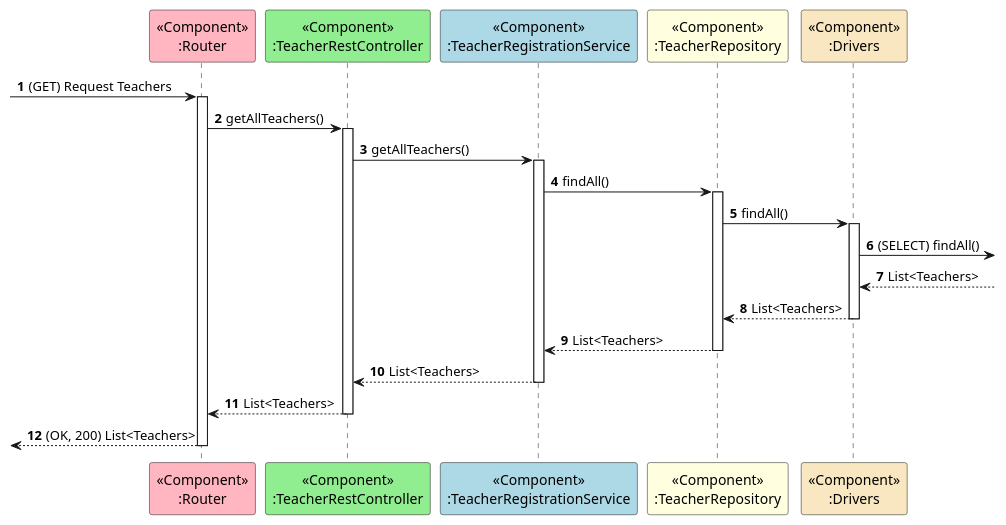
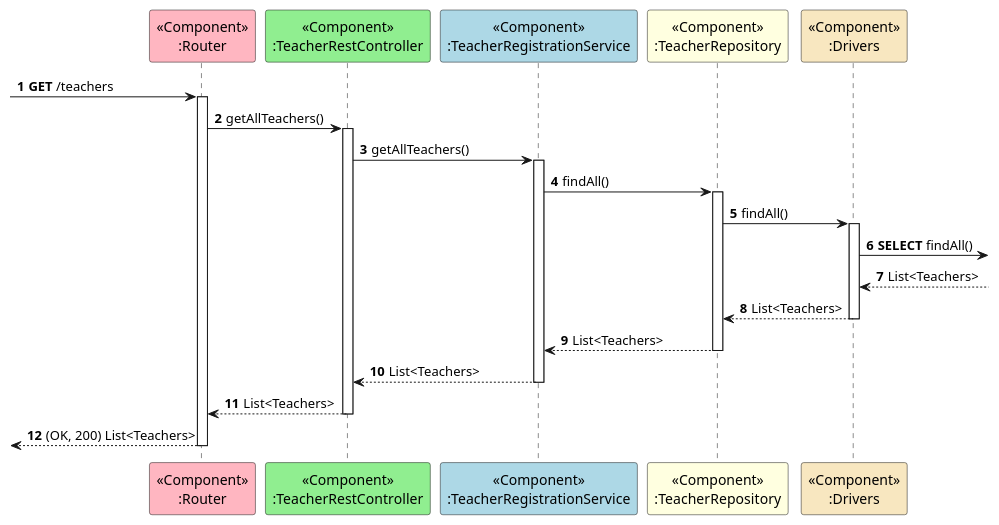
Before and after one commit to GasparISEP/DevOps-PAI: the diagram in docs/US31/ProcessView/Level3getTeachers.puml, drawn with PlantUML. The commit also changed 4 other files, not shown here.

Commit message:
Fix #523: Made corrections to ProcessView Level 2 and 3 diagrams

```diff
--- a/docs/US31/ProcessView/Level3getTeachers.puml
+++ b/docs/US31/ProcessView/Level3getTeachers.puml
@@ -1,24 +1,24 @@
 @startuml
 
 autonumber
 
 participant "<<Component>>\n:Router" as RT #lightpink
 participant "<<Component>>\n:TeacherRestController" as C #lightgreen
 participant "<<Component>>\n:TeacherRegistrationService" as S #lightblue
 participant "<<Component>>\n:TeacherRepository" as R #lightyellow
 participant "<<Component>>\n:Drivers" as Drivers #strategy
 
--> RT ++: (GET) Request Teachers
+-> RT ++: **GET** /teachers
 RT -> C ++: getAllTeachers()
 C -> S ++: getAllTeachers()
 S -> R ++: findAll()
 R -> Drivers ++: findAll()
-Drivers -> : (SELECT) findAll()
+Drivers -> : **SELECT** findAll()
 Drivers <-- : List<Teachers>
 Drivers --> R --: List<Teachers>
 R --> S --: List<Teachers>
 S --> C --: List<Teachers>
 C --> RT --: List<Teachers>
 <-- RT --: (OK, 200) List<Teachers>
 
 @enduml
```
